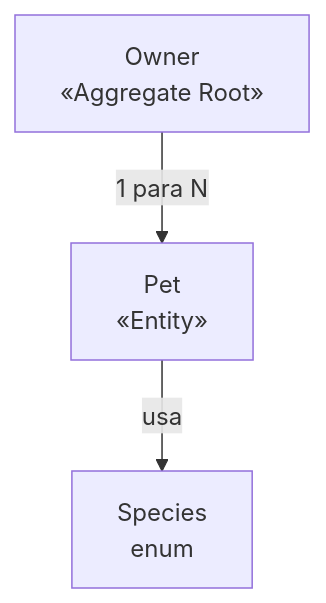
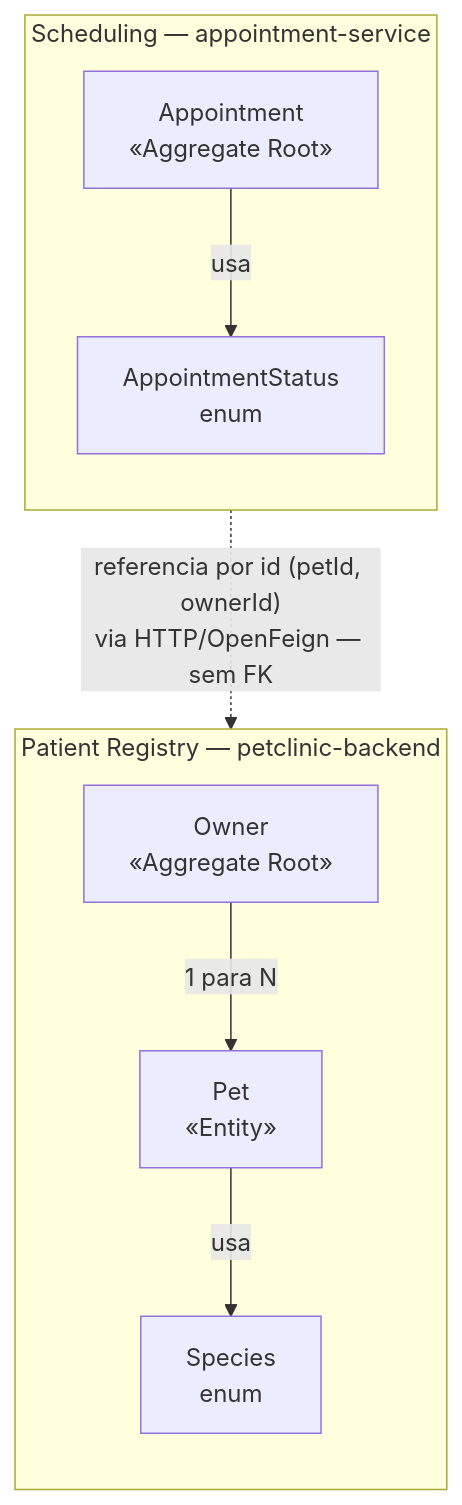
Before and after one commit to infnet-antonio-lemos/projeto-bloco-softwares-escalaveis: the first of 3 diagrams in docs/ddd-context-map.md, drawn with Mermaid. The commit also changed other lines of this file and 69 other files, not shown here.

````diff
--- a/docs/ddd-context-map.md
+++ b/docs/ddd-context-map.md
@@ -3,10 +7,22 @@
 ```mermaid
 flowchart TD
-  direction TB
-  PR_AR["Owner\n«Aggregate Root»"]
-  PR_E["Pet\n«Entity»"]
-  PR_VO["Species\nenum"]
+  subgraph PR["Patient Registry — petclinic-backend"]
+    direction TB
+    PR_AR["Owner\n«Aggregate Root»"]
+    PR_E["Pet\n«Entity»"]
+    PR_VO["Species\nenum"]
 
-  PR_AR -- "1 para N" --> PR_E
-  PR_E -- usa --> PR_VO
+    PR_AR -- "1 para N" --> PR_E
+    PR_E -- usa --> PR_VO
+  end
+
+  subgraph SC["Scheduling — appointment-service"]
+    direction TB
+    SC_AR["Appointment\n«Aggregate Root»"]
+    SC_VO["AppointmentStatus\nenum"]
+
+    SC_AR -- usa --> SC_VO
+  end
+
+  SC_AR -. "referencia por id (petId, ownerId)\nvia HTTP/OpenFeign — sem FK" .-> PR_E
 ```
````
